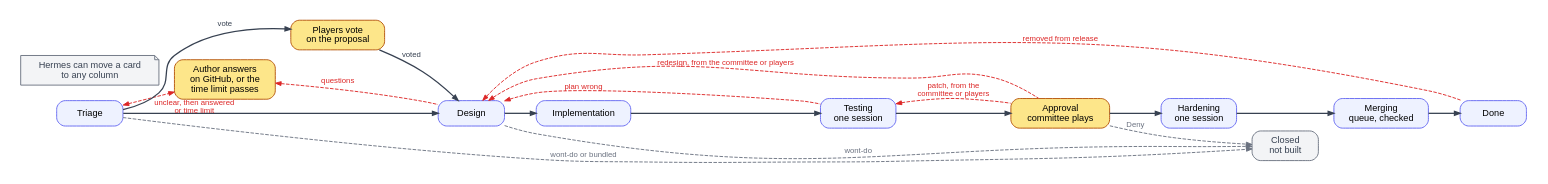
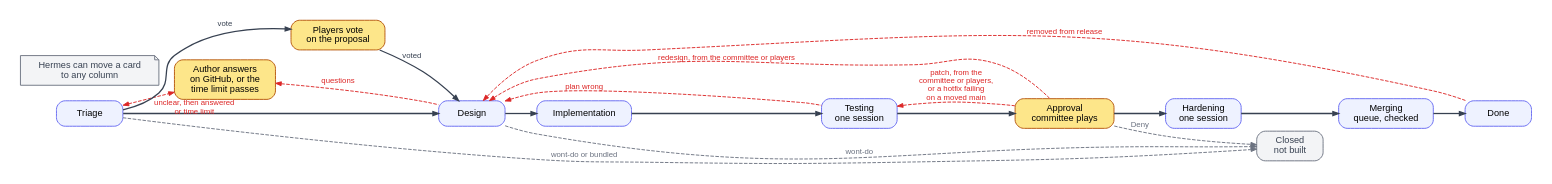
The diagram in factory/docs/diagrams/lifecycle.dot (ROAM-game-org/road-machiners), drawn with Graphviz before and after one commit. The commit also changed 26 other files, not shown here.

Commit message:
A hotfix approve reuses check evidence when main moved and runs only the checks its merge needs

```diff
--- a/factory/docs/diagrams/lifecycle.dot
+++ b/factory/docs/diagrams/lifecycle.dot
@@ -1,30 +1,30 @@
 // Card lifecycle. Black: normal path. Red: loops back. Grey: ends early. Yellow: waits for people, and the author wait has a time limit.
 digraph lifecycle {
   rankdir=LR; nodesep=0.3; ranksep=0.6; bgcolor=white; pad=0.3; forcelabels=true;
   node [shape=box, style="rounded,filled", fillcolor="#eef2ff", color="#6366f1", fontname="Helvetica", fontsize=13, margin="0.2,0.1", penwidth=1.3, width=1.3];
   edge [color="#374151", penwidth=1.8, arrowsize=0.8, fontname="Helvetica", fontsize=11];
   T [label="Triage"]; D [label="Design"]; I [label="Implementation"];
   P [label="Testing\none session"]; A [label="Approval\ncommittee plays", fillcolor="#fde68a", color="#b45309"];
   H [label="Hardening\none session"]; G [label="Merging\nqueue, checked"]; M [label="Done"];
   W [label="Author answers\non GitHub, or the\ntime limit passes", fillcolor="#fde68a", color="#b45309"];
   V [label="Players vote\non the proposal", fillcolor="#fde68a", color="#b45309"];
   N [label="Hermes can move a card\nto any column", shape=note, style=filled, fillcolor="#f3f4f6", color="#6b7280", fontcolor="#374151"];
   X [label="Closed\nnot built", fillcolor="#f3f4f6", color="#6b7280", fontcolor="#374151"];
   T -> D -> I -> P -> A -> H -> G -> M [weight=100];
   // A loop is drawn as a forward edge with its arrow reversed, so it never bends the main line.
   edge [color="#dc2626", fontcolor="#dc2626", style=dashed, penwidth=1.3, dir=back, weight=0];
   T -> W [xlabel="unclear, then answered\nor time limit", dir=both, constraint=false];
   W -> D [label="questions"];
   edge [color="#374151", fontcolor="#374151", style=solid, penwidth=1.8, dir=forward, weight=0];
   T -> V [label="vote"];
   V -> D [label="voted"];
   edge [color="#dc2626", fontcolor="#dc2626", style=dashed, penwidth=1.3, dir=back, weight=0];
   D -> P [label="plan wrong"];
-  P -> A [label="patch, from the\ncommittee or players"];
+  P -> A [label="patch, from the\ncommittee or players,\nor a hotfix failing\non a moved main"];
   D -> A [label="redesign, from the committee or players"];
   D -> M [label="removed from release"];
   edge [color="#6b7280", fontcolor="#6b7280", style=dashed, penwidth=1.3, dir=forward, weight=0];
   T -> X [label="wont-do or bundled"];
   D -> X [label="wont-do"];
   A -> X [label="Deny"];
 }
```
